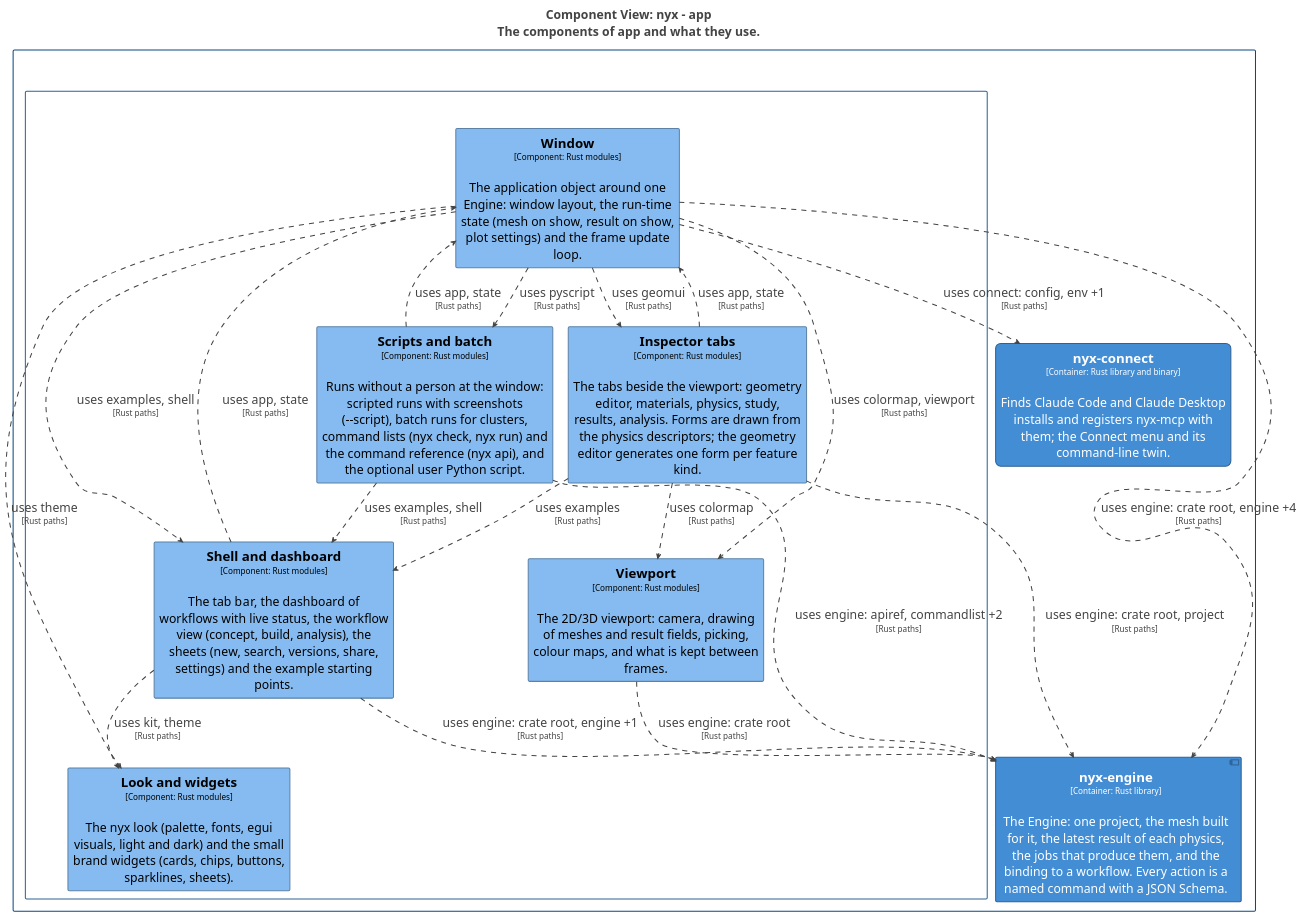
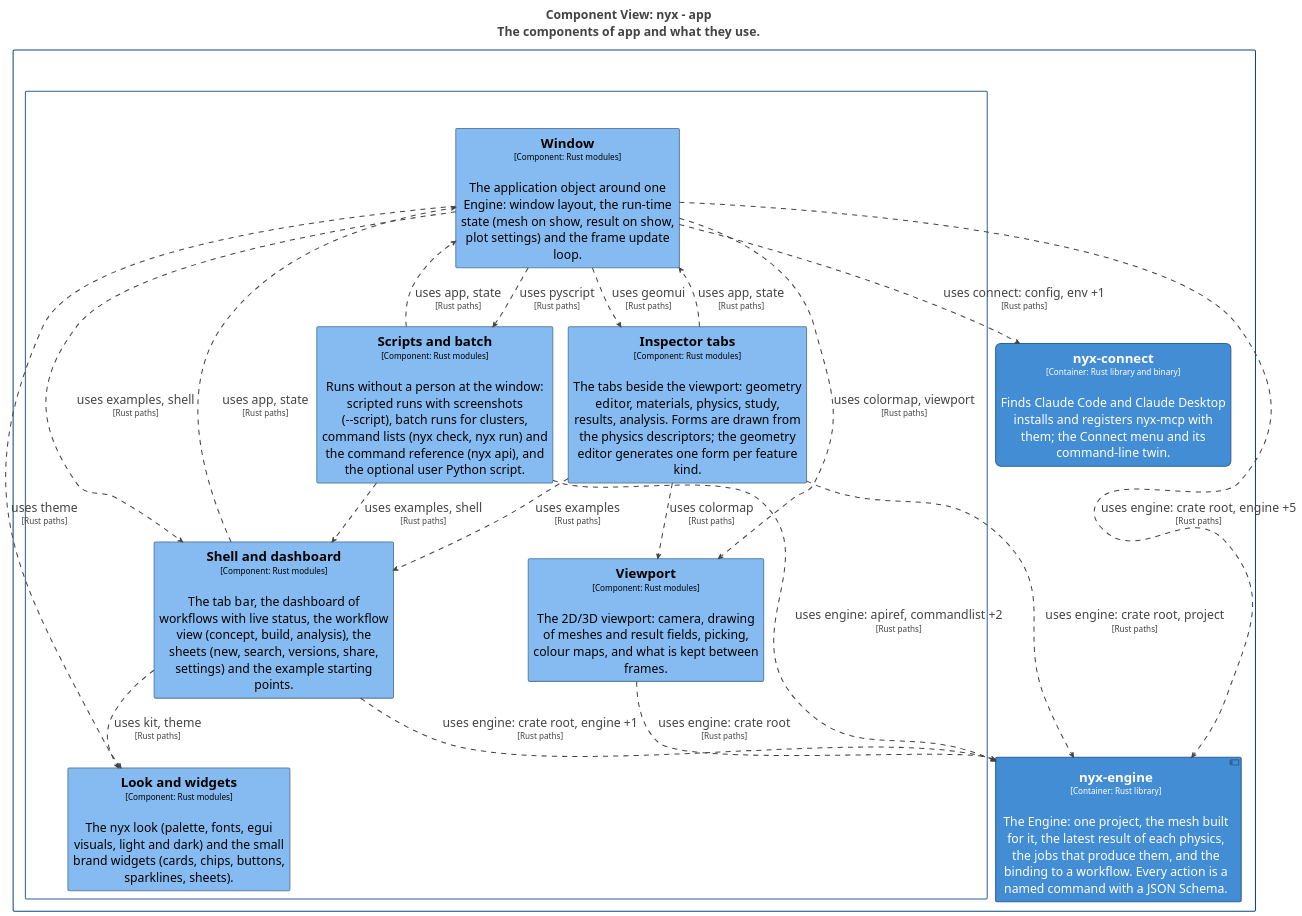
The diagram in docs/architecture/c4/export/plantuml/structurizr-Components_app.puml (p-j-r/nyx), drawn with PlantUML before and after one commit. The commit also changed 58 other files, not shown here.

```diff
--- a/docs/architecture/c4/export/plantuml/structurizr-Components_app.puml
+++ b/docs/architecture/c4/export/plantuml/structurizr-Components_app.puml
@@ -1,117 +1,117 @@
 @startuml
 title <size:24>Component View: nyx - app</size>\n<size:24>The components of app and what they use.</size>
 
 set separator none
 top to bottom direction
 skinparam ranksep 60
 skinparam nodesep 30
 hide stereotype
 
 <style>
   root {
     BackgroundColor: #ffffff;
     FontColor: #444444;
   }
   // Element,Component
   .Element-RWxlbWVudCxDb21wb25lbnQ= {
     BackgroundColor: #85bbf0;
     LineColor: #5d82a8;
     LineStyle: 0;
     LineThickness: 2;
     FontColor: #000000;
     FontSize: 24;
     HorizontalAlignment: center;
     Shadowing: 0;
     MaximumWidth: 450;
   }
   // Element,Container,Executable
   .Element-RWxlbWVudCxDb250YWluZXIsRXhlY3V0YWJsZQ== {
     BackgroundColor: #438dd5;
     LineColor: #2e6295;
     LineStyle: 0;
     LineThickness: 2;
     RoundCorner: 20;
     FontColor: #ffffff;
     FontSize: 24;
     HorizontalAlignment: center;
     Shadowing: 0;
     MaximumWidth: 450;
   }
   // Element,Container,Library
   .Element-RWxlbWVudCxDb250YWluZXIsTGlicmFyeQ== {
     BackgroundColor: #438dd5;
     LineColor: #2e6295;
     LineStyle: 0;
     LineThickness: 2;
     FontColor: #ffffff;
     FontSize: 24;
     HorizontalAlignment: center;
     Shadowing: 0;
     MaximumWidth: 450;
   }
   // Relationship
   .Relationship-UmVsYXRpb25zaGlw {
     LineThickness: 2;
     LineStyle: 10-10;
     LineColor: #444444;
     FontColor: #444444;
     FontSize: 24;
   }
   // app
   .Boundary-YXBw {
     BackgroundColor: #ffffff;
     LineColor: #2e6295;
     LineStyle: 0;
     LineThickness: 2;
     FontColor: #ffffff;
     FontSize: 24;
     HorizontalAlignment: center;
     Shadowing: 0;
   }
   // nyx
   .Boundary-bnl4 {
     BackgroundColor: #ffffff;
     LineColor: #0b4884;
     LineStyle: 0;
     LineThickness: 2;
     FontColor: #ffffff;
     FontSize: 24;
     HorizontalAlignment: center;
     Shadowing: 0;
   }
 </style>
 
 rectangle "nyx\n<size:16>[Software System]</size>" <<Boundary-bnl4>> {
   rectangle "app\n<size:16>[Container: Rust, eframe/egui]</size>" <<Boundary-YXBw>> {
     rectangle "==Viewport\n<size:16>[Component: Rust modules]</size>\n\nThe 2D/3D viewport: camera, drawing of meshes and result fields, picking, colour maps, and what is kept between frames." <<Element-RWxlbWVudCxDb21wb25lbnQ=>> as nyx.app.Viewport
     rectangle "==Look and widgets\n<size:16>[Component: Rust modules]</size>\n\nThe nyx look (palette, fonts, egui visuals, light and dark) and the small brand widgets (cards, chips, buttons, sparklines, sheets)." <<Element-RWxlbWVudCxDb21wb25lbnQ=>> as nyx.app.Lookandwidgets
     rectangle "==Scripts and batch\n<size:16>[Component: Rust modules]</size>\n\nRuns without a person at the window: scripted runs with screenshots (--script), batch runs for clusters, command lists (nyx check, nyx run) and the command reference (nyx api), and the optional user Python script." <<Element-RWxlbWVudCxDb21wb25lbnQ=>> as nyx.app.Scriptsandbatch
     rectangle "==Window\n<size:16>[Component: Rust modules]</size>\n\nThe application object around one Engine: window layout, the run-time state (mesh on show, result on show, plot settings) and the frame update loop." <<Element-RWxlbWVudCxDb21wb25lbnQ=>> as nyx.app.Window
     rectangle "==Shell and dashboard\n<size:16>[Component: Rust modules]</size>\n\nThe tab bar, the dashboard of workflows with live status, the workflow view (concept, build, analysis), the sheets (new, search, versions, share, settings) and the example starting points." <<Element-RWxlbWVudCxDb21wb25lbnQ=>> as nyx.app.Shellanddashboard
     rectangle "==Inspector tabs\n<size:16>[Component: Rust modules]</size>\n\nThe tabs beside the viewport: geometry editor, materials, physics, study, results, analysis. Forms are drawn from the physics descriptors; the geometry editor generates one form per feature kind." <<Element-RWxlbWVudCxDb21wb25lbnQ=>> as nyx.app.Inspectortabs
   }
 
   rectangle "==nyx-connect\n<size:16>[Container: Rust library and binary]</size>\n\nFinds Claude Code and Claude Desktop installs and registers nyx-mcp with them; the Connect menu and its command-line twin." <<Element-RWxlbWVudCxDb250YWluZXIsRXhlY3V0YWJsZQ==>> as nyx.nyxconnect
   component "==nyx-engine\n<size:16>[Container: Rust library]</size>\n\nThe Engine: one project, the mesh built for it, the latest result of each physics, the jobs that produce them, and the binding to a workflow. Every action is a named command with a JSON Schema." <<Element-RWxlbWVudCxDb250YWluZXIsTGlicmFyeQ==>> as nyx.nyxengine
 }
 
 nyx.app.Scriptsandbatch --> nyx.nyxengine <<Relationship-UmVsYXRpb25zaGlw>> : "uses engine: apiref, commandlist +2\n<size:16>[Rust paths]</size>"
 nyx.app.Scriptsandbatch --> nyx.app.Shellanddashboard <<Relationship-UmVsYXRpb25zaGlw>> : "uses examples, shell\n<size:16>[Rust paths]</size>"
 nyx.app.Scriptsandbatch --> nyx.app.Window <<Relationship-UmVsYXRpb25zaGlw>> : "uses app, state\n<size:16>[Rust paths]</size>"
 nyx.app.Inspectortabs --> nyx.nyxengine <<Relationship-UmVsYXRpb25zaGlw>> : "uses engine: crate root, project\n<size:16>[Rust paths]</size>"
 nyx.app.Inspectortabs --> nyx.app.Shellanddashboard <<Relationship-UmVsYXRpb25zaGlw>> : "uses examples\n<size:16>[Rust paths]</size>"
 nyx.app.Inspectortabs --> nyx.app.Viewport <<Relationship-UmVsYXRpb25zaGlw>> : "uses colormap\n<size:16>[Rust paths]</size>"
 nyx.app.Inspectortabs --> nyx.app.Window <<Relationship-UmVsYXRpb25zaGlw>> : "uses app, state\n<size:16>[Rust paths]</size>"
 nyx.app.Shellanddashboard --> nyx.nyxengine <<Relationship-UmVsYXRpb25zaGlw>> : "uses engine: crate root, engine +1\n<size:16>[Rust paths]</size>"
 nyx.app.Shellanddashboard --> nyx.app.Lookandwidgets <<Relationship-UmVsYXRpb25zaGlw>> : "uses kit, theme\n<size:16>[Rust paths]</size>"
 nyx.app.Shellanddashboard --> nyx.app.Window <<Relationship-UmVsYXRpb25zaGlw>> : "uses app, state\n<size:16>[Rust paths]</size>"
 nyx.app.Viewport --> nyx.nyxengine <<Relationship-UmVsYXRpb25zaGlw>> : "uses engine: crate root\n<size:16>[Rust paths]</size>"
 nyx.app.Window --> nyx.nyxconnect <<Relationship-UmVsYXRpb25zaGlw>> : "uses connect: config, env +1\n<size:16>[Rust paths]</size>"
-nyx.app.Window --> nyx.nyxengine <<Relationship-UmVsYXRpb25zaGlw>> : "uses engine: crate root, engine +4\n<size:16>[Rust paths]</size>"
+nyx.app.Window --> nyx.nyxengine <<Relationship-UmVsYXRpb25zaGlw>> : "uses engine: crate root, engine +5\n<size:16>[Rust paths]</size>"
 nyx.app.Window --> nyx.app.Scriptsandbatch <<Relationship-UmVsYXRpb25zaGlw>> : "uses pyscript\n<size:16>[Rust paths]</size>"
 nyx.app.Window --> nyx.app.Inspectortabs <<Relationship-UmVsYXRpb25zaGlw>> : "uses geomui\n<size:16>[Rust paths]</size>"
 nyx.app.Window --> nyx.app.Shellanddashboard <<Relationship-UmVsYXRpb25zaGlw>> : "uses examples, shell\n<size:16>[Rust paths]</size>"
 nyx.app.Window --> nyx.app.Lookandwidgets <<Relationship-UmVsYXRpb25zaGlw>> : "uses theme\n<size:16>[Rust paths]</size>"
 nyx.app.Window --> nyx.app.Viewport <<Relationship-UmVsYXRpb25zaGlw>> : "uses colormap, viewport\n<size:16>[Rust paths]</size>"
 
 @enduml
```
